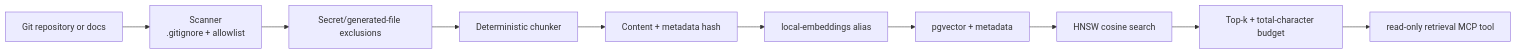
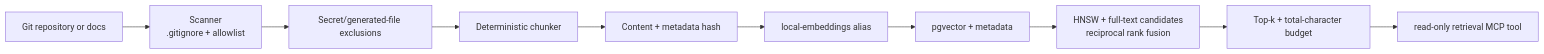
One commit to taras-kolodchyn/local-ai-platform changed the third of 4 diagrams in docs/architecture.md. Above: the diagram before and after it, drawn with Mermaid. The commit also changed other lines of this file and 40 other files, not shown here.

````diff
--- a/docs/architecture.md
+++ b/docs/architecture.md
@@ -98,12 +105,12 @@
 ```mermaid
 flowchart LR
     Repo["Git repository or docs"] --> Scan["Scanner\n.gitignore + allowlist"]
     Scan --> Guard["Secret/generated-file exclusions"]
     Guard --> Chunk["Deterministic chunker"]
     Chunk --> Hash["Content + metadata hash"]
     Hash --> Embed["local-embeddings alias"]
     Embed --> Store["pgvector + metadata"]
-    Store --> Search["HNSW cosine search"]
+    Store --> Search["HNSW + full-text candidates\nreciprocal rank fusion"]
     Search --> Limit["Top-k + total-character budget"]
     Limit --> MCP["read-only retrieval MCP tool"]
 ```
````
